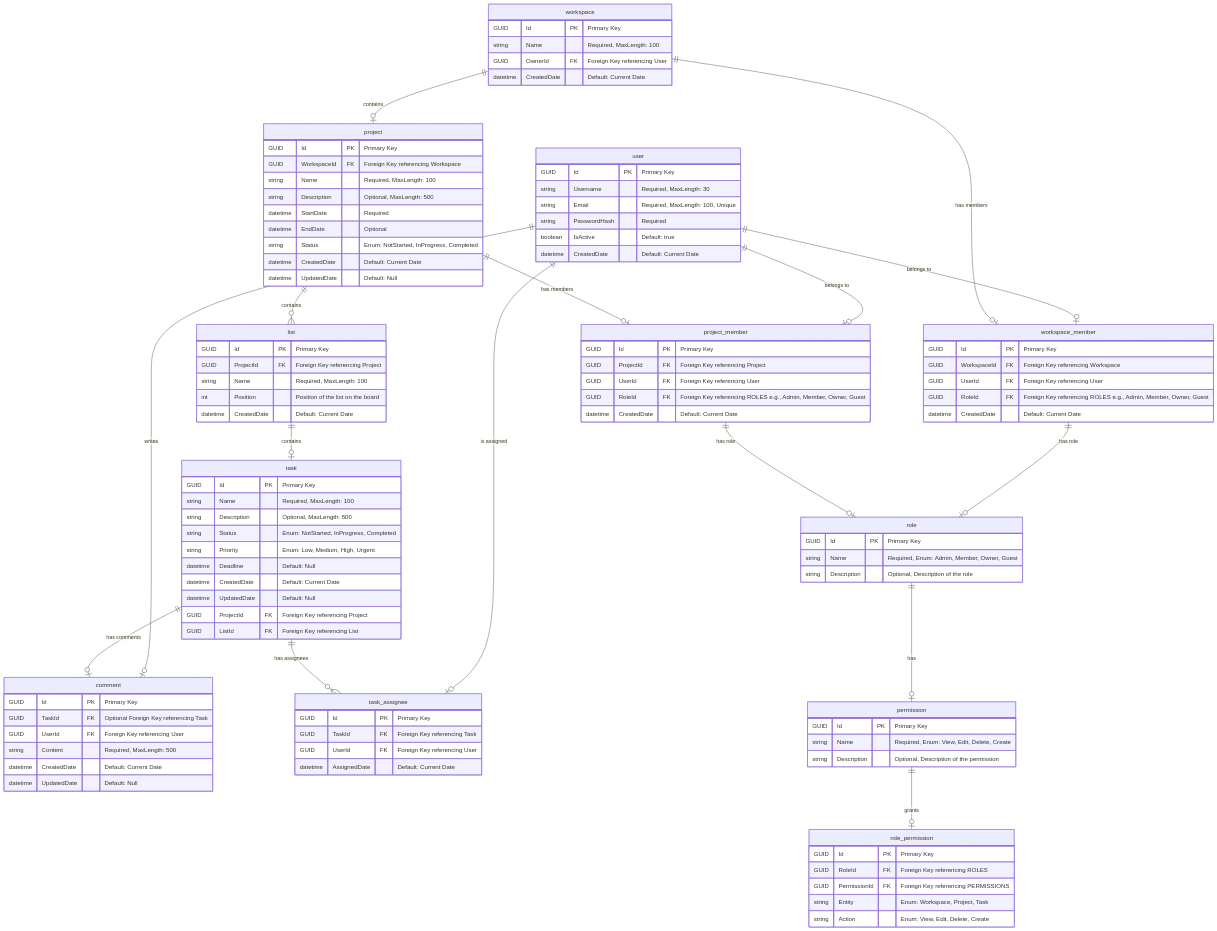
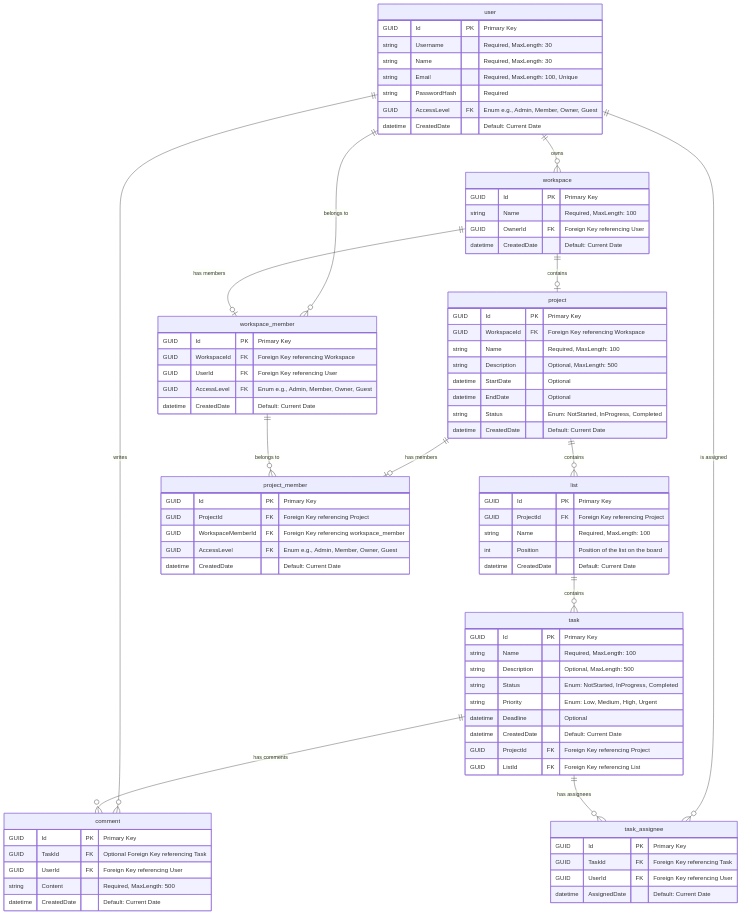
Before and after one commit to danielsarkwa/zello-c--backend: the second of 2 diagrams in Documentation/src/content/docs/erd.mdx, drawn with Mermaid. The commit also changed other lines of this file and 21 other files, not shown here.

````diff
--- a/Documentation/src/content/docs/erd.mdx
+++ b/Documentation/src/content/docs/erd.mdx
@@ -26,31 +28,28 @@
     user {
         GUID Id PK "Primary Key"
         string Username "Required, MaxLength: 30"
+        string Name "Required, MaxLength: 30"
         string Email "Required, MaxLength: 100, Unique"
         string PasswordHash "Required"
-        boolean IsActive "Default: true"
+        GUID AccessLevel FK "Enum e.g., Admin, Member, Owner, Guest"
         datetime CreatedDate "Default: Current Date"
     }
-
     workspace {
         GUID Id PK "Primary Key"
         string Name "Required, MaxLength: 100"
         GUID OwnerId FK "Foreign Key referencing User"
         datetime CreatedDate "Default: Current Date"
     }
-
     project {
         GUID Id PK "Primary Key"
         GUID WorkspaceId FK "Foreign Key referencing Workspace"
         string Name "Required, MaxLength: 100"
         string Description "Optional, MaxLength: 500"
-        datetime StartDate "Required"
+        datetime StartDate "Optional"
         datetime EndDate "Optional"
         string Status "Enum: NotStarted, InProgress, Completed"
         datetime CreatedDate "Default: Current Date"
-        datetime UpdatedDate "Default: Null"
     }
-
     list {
         GUID Id PK "Primary Key"
         GUID ProjectId FK "Foreign Key referencing Project"
@@ -58,93 +57,55 @@
         int Position "Position of the list on the board"
         datetime CreatedDate "Default: Current Date"
     }
-
     task {
         GUID Id PK "Primary Key"
         string Name "Required, MaxLength: 100"
         string Description "Optional, MaxLength: 500"
         string Status "Enum: NotStarted, InProgress, Completed"
         string Priority "Enum: Low, Medium, High, Urgent"
-        datetime Deadline "Default: Null"
+        datetime Deadline "Optional"
         datetime CreatedDate "Default: Current Date"
-        datetime UpdatedDate "Default: Null"
         GUID ProjectId FK "Foreign Key referencing Project"
         GUID ListId FK "Foreign Key referencing List"
     }
-
     comment {
         GUID Id PK "Primary Key"
         GUID TaskId FK "Optional Foreign Key referencing Task"
         GUID UserId FK "Foreign Key referencing User"
         string Content "Required, MaxLength: 500"
         datetime CreatedDate "Default: Current Date"
-        datetime UpdatedDate "Default: Null"
     }
-
     workspace_member {
         GUID Id PK "Primary Key"
         GUID WorkspaceId FK "Foreign Key referencing Workspace"
         GUID UserId FK "Foreign Key referencing User"
-        GUID RoleId FK "Foreign Key referencing ROLES e.g., Admin, Member, Owner, Guest"
+        GUID AccessLevel FK "Enum e.g., Admin, Member, Owner, Guest"
         datetime CreatedDate "Default: Current Date"
     }
-
     project_member {
         GUID Id PK "Primary Key"
         GUID ProjectId FK "Foreign Key referencing Project"
-        GUID UserId FK "Foreign Key referencing User"
-        GUID RoleId FK "Foreign Key referencing ROLES e.g., Admin, Member, Owner, Guest"
+        GUID WorkspaceMemberId FK "Foreign Key referencing workspace_member"
+        GUID AccessLevel FK "Enum e.g., Admin, Member, Owner, Guest"
         datetime CreatedDate "Default: Current Date"
     }
-
     task_assignee {
         GUID Id PK "Primary Key"
         GUID TaskId FK "Foreign Key referencing Task"
         GUID UserId FK "Foreign Key referencing User"
         datetime AssignedDate "Default: Current Date"
     }
-
-    role {
-        GUID Id PK "Primary Key"
-        string Name "Required, Enum: Admin, Member, Owner, Guest"
-        string Description "Optional, Description of the role"
-    }
-
-    permission {
-        GUID Id PK "Primary Key"
-        string Name "Required, Enum: View, Edit, Delete, Create"
-        string Description "Optional, Description of the permission"
-    }
-
-    role_permission {
-        GUID Id PK "Primary Key"
-        GUID RoleId FK "Foreign Key referencing ROLES"
-        GUID PermissionId FK "Foreign Key referencing PERMISSIONS"
-        string Entity "Enum: Workspace, Project, Task" 
-        string Action "Enum: View, Edit, Delete, Create"
-    }
-
-    user ||--o| workspace_member : "belongs to"
-    user ||--o| project_member : "belongs to"
-    user ||--o| comment : "writes"
-    user ||--o| task_assignee : "is assigned"
-
+    
+    user ||--o{ workspace_member : "belongs to"
+    user ||--o{ comment : "writes"
+    user ||--o{ task_assignee : "is assigned"
+    user ||--o{ workspace : "owns"
     workspace ||--o| workspace_member : "has members"
     workspace ||--o| project : "contains"
-
     project ||--o| project_member : "has members"
+    workspace_member ||--o{ project_member: "belongs to"
     project ||--o{ list : "contains"
-
-    list ||--o| task : "contains"
-
+    list ||--o{ task : "contains"
     task ||--o{ task_assignee : "has assignees"
-    task ||--o| comment : "has comments"
-
-    workspace_member ||--o| role : "has role"
-
-    project_member ||--o| role : "has role"
-
-    role ||--o| permission : "has"
-
-    permission ||--o| role_permission : "grants"  
+    task ||--o{ comment : "has comments"
 ```
````
